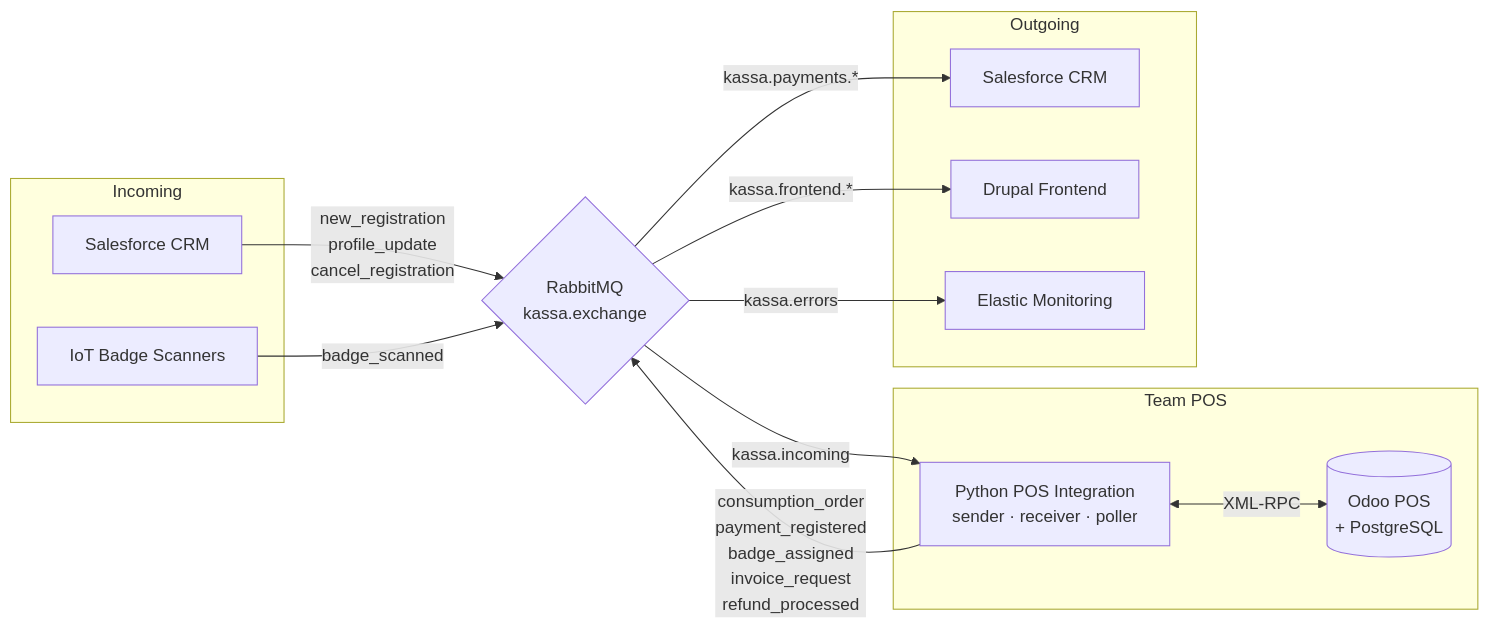
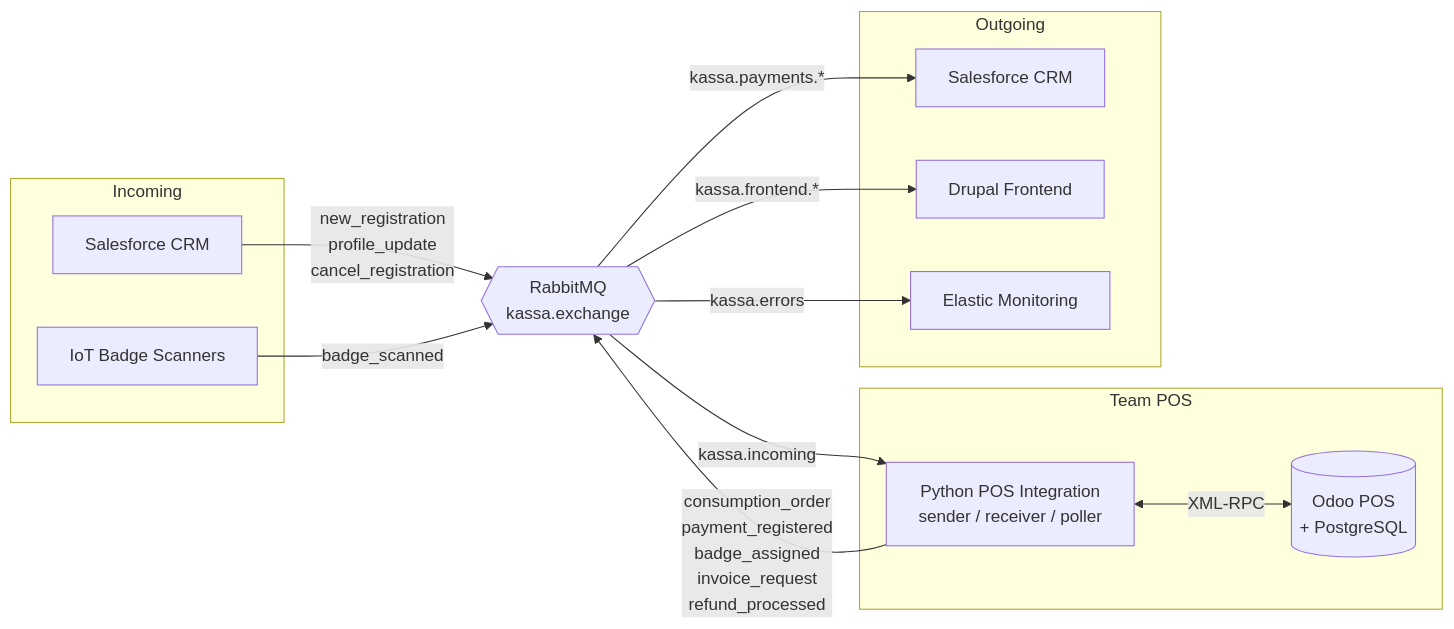
Before and after one commit to IntegrationProject-Groep1/Kassa: the diagram in README.md, drawn with Mermaid. The commit also changed other lines of this file, not shown here.

First line of the commit message:
docs: fix XML errors, ToC, emojis, mermaid, branch strategy in README

````diff
--- a/README.md
+++ b/README.md
@@ -44,29 +46,29 @@
 ```mermaid
 flowchart LR
     subgraph Incoming
         CRM[Salesforce CRM]
         IoT[IoT Badge Scanners]
     end
 
-    RMQ{RabbitMQ\nkassa.exchange}
+    RMQ{{"RabbitMQ\nkassa.exchange"}}
 
-    subgraph Team POS
-        PY[Python POS Integration\nsender · receiver · poller]
+    subgraph POS["Team POS"]
+        PY[Python POS Integration\nsender / receiver / poller]
         ODOO[(Odoo POS\n+ PostgreSQL)]
     end
 
     subgraph Outgoing
         CRM2[Salesforce CRM]
         DRUPAL[Drupal Frontend]
         ELASTIC[Elastic Monitoring]
     end
 
     CRM -- "new_registration\nprofile_update\ncancel_registration" --> RMQ
     IoT -- "badge_scanned" --> RMQ
     RMQ -- "kassa.incoming" --> PY
     PY <-->|XML-RPC| ODOO
     PY -- "consumption_order\npayment_registered\nbadge_assigned\ninvoice_request\nrefund_processed" --> RMQ
     RMQ -- "kassa.payments.*" --> CRM2
     RMQ -- "kassa.frontend.*" --> DRUPAL
     RMQ -- "kassa.errors" --> ELASTIC
 ```
````
